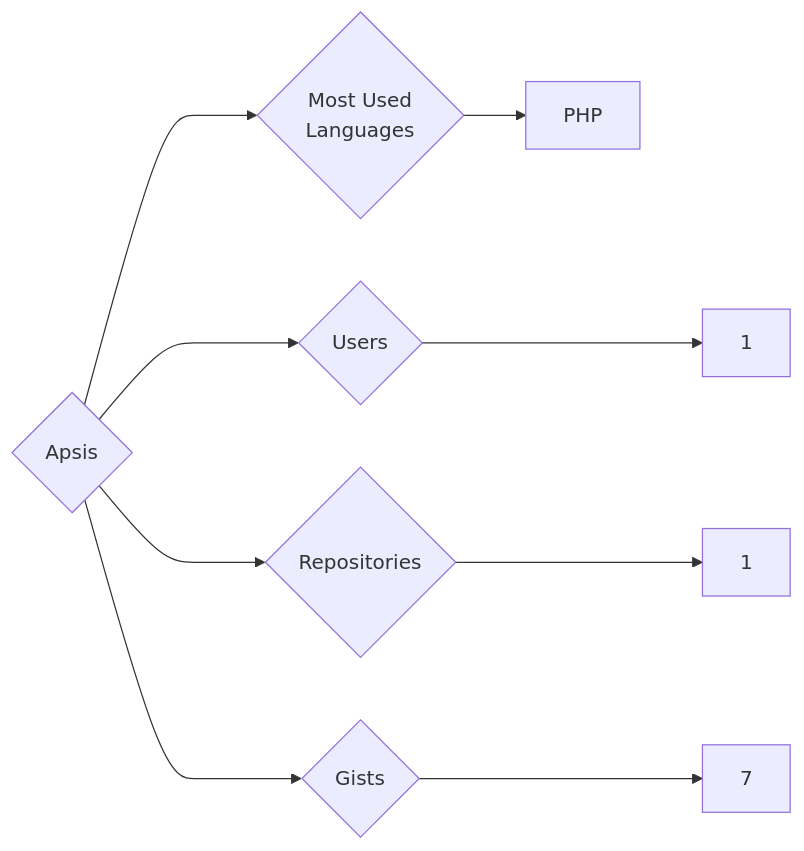
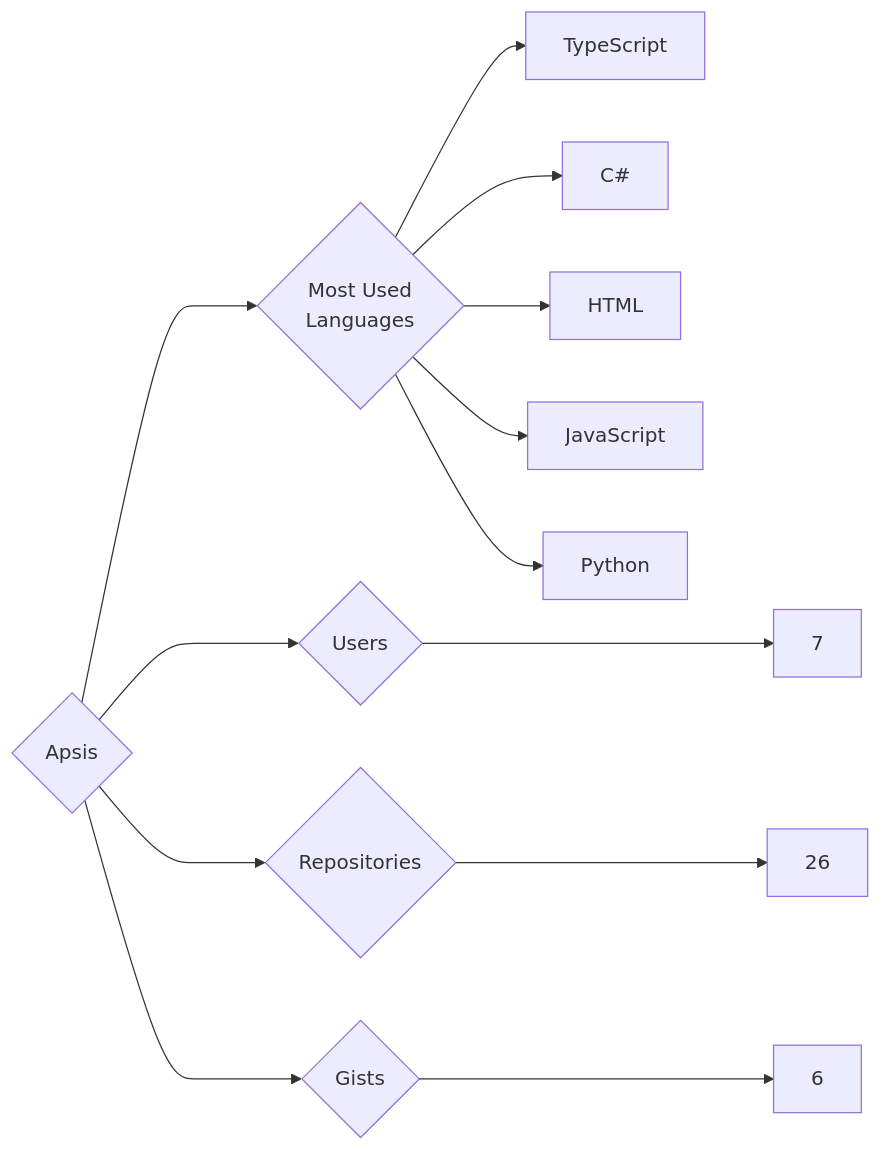
The diagram in targets/Apsis/README.md (trickest/insiders), drawn with Mermaid before and after one commit. The commit also changed 874 other files, not shown here.

````diff
--- a/targets/Apsis/README.md
+++ b/targets/Apsis/README.md
@@ -3,9 +3,13 @@
 ```mermaid
 graph LR
 COMPANY_NAME{Apsis}
-COMPANY_NAME ---> U{Users} ---> UN[1]
-COMPANY_NAME ---> R{Repositories} ---> RN[1]
-COMPANY_NAME ---> G{Gists} ---> GN[7]
+COMPANY_NAME ---> U{Users} ---> UN[7]
+COMPANY_NAME ---> R{Repositories} ---> RN[26]
+COMPANY_NAME ---> G{Gists} ---> GN[6]
 COMPANY_NAME ---> ML{Most Used<br>Languages}
-ML --> PHP[PHP]
+ML --> TypeScript[TypeScript]
+ML --> C#[C#]
+ML --> HTML[HTML]
+ML --> JavaScript[JavaScript]
+ML --> Python[Python]
 ```
````
